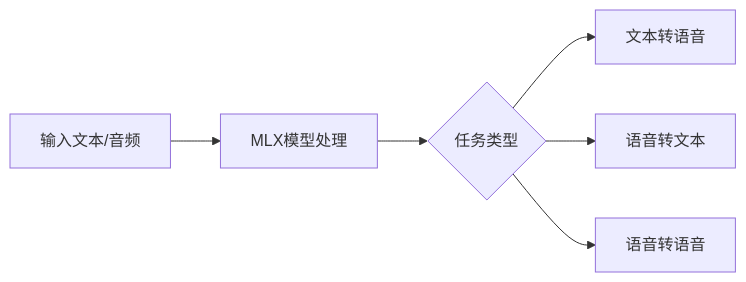
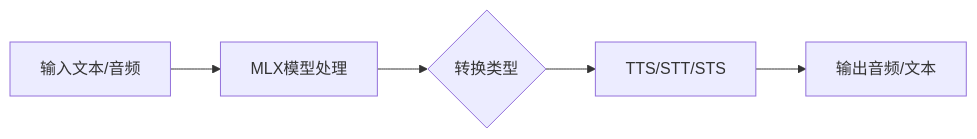
One commit to wayyoungboy/github-trending-reporter changed the fifth of 7 diagrams in reports/2026/01/2026-01-25.md. Above: the diagram before and after it, drawn with Mermaid. The commit also changed other lines of this file and 1 other file, not shown here.

````diff
--- a/reports/2026/01/2026-01-25.md
+++ b/reports/2026/01/2026-01-25.md
@@ -419,8 +266,7 @@
 ```mermaid
 graph LR
     A[输入文本/音频] --> B[MLX模型处理]
-    B --> C{任务类型}
-    C --> D[文本转语音]
-    C --> E[语音转文本]
-    C --> F[语音转语音]
+    B --> C{转换类型}
+    C --> D[TTS/STT/STS]
+    D --> E[输出音频/文本]
 ```
````
